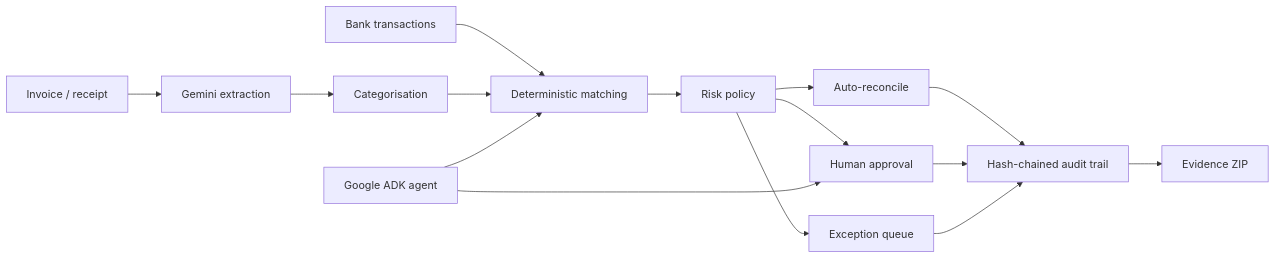
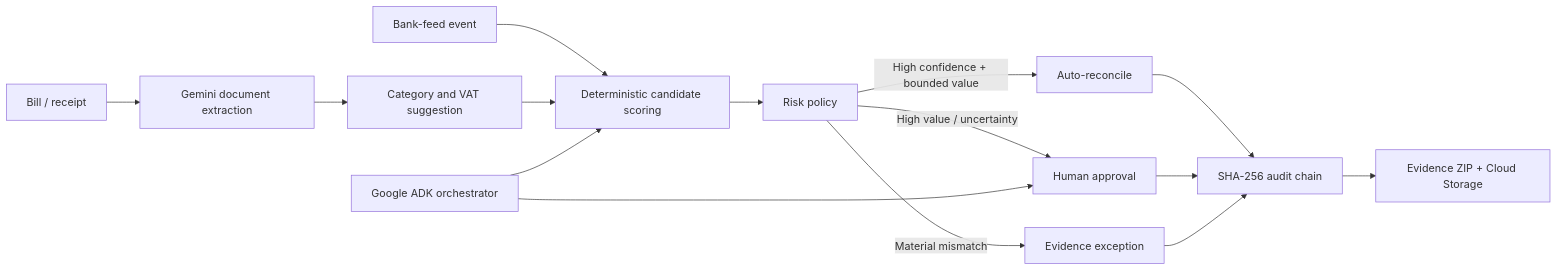
One commit to sohamtech-uk/cherry-agentic-finops changed the diagram in README.md. Above: the diagram before and after it, drawn with Mermaid. The commit also changed other lines of this file and 55 other files, not shown here.

````diff
--- a/README.md
+++ b/README.md
@@ -27,17 +35,17 @@
 ```mermaid
 flowchart LR
-  I[Invoice / receipt] --> G[Gemini extraction]
-  B[Bank transactions] --> M[Deterministic matching]
-  G --> C[Categorisation]
+  D[Bill / receipt] --> G[Gemini document extraction]
+  B[Bank-feed event] --> M[Deterministic candidate scoring]
+  G --> C[Category and VAT suggestion]
   C --> M
   M --> R[Risk policy]
-  R --> A[Auto-reconcile]
-  R --> H[Human approval]
-  R --> E[Exception queue]
-  A --> U[Hash-chained audit trail]
+  R -->|High confidence + bounded value| A[Auto-reconcile]
+  R -->|High value / uncertainty| H[Human approval]
+  R -->|Material mismatch| E[Evidence exception]
+  A --> U[SHA-256 audit chain]
   H --> U
   E --> U
-  U --> Z[Evidence ZIP]
-  ADK[Google ADK agent] --> M
+  U --> Z[Evidence ZIP + Cloud Storage]
+  ADK[Google ADK orchestrator] --> M
   ADK --> H
 ```
````
